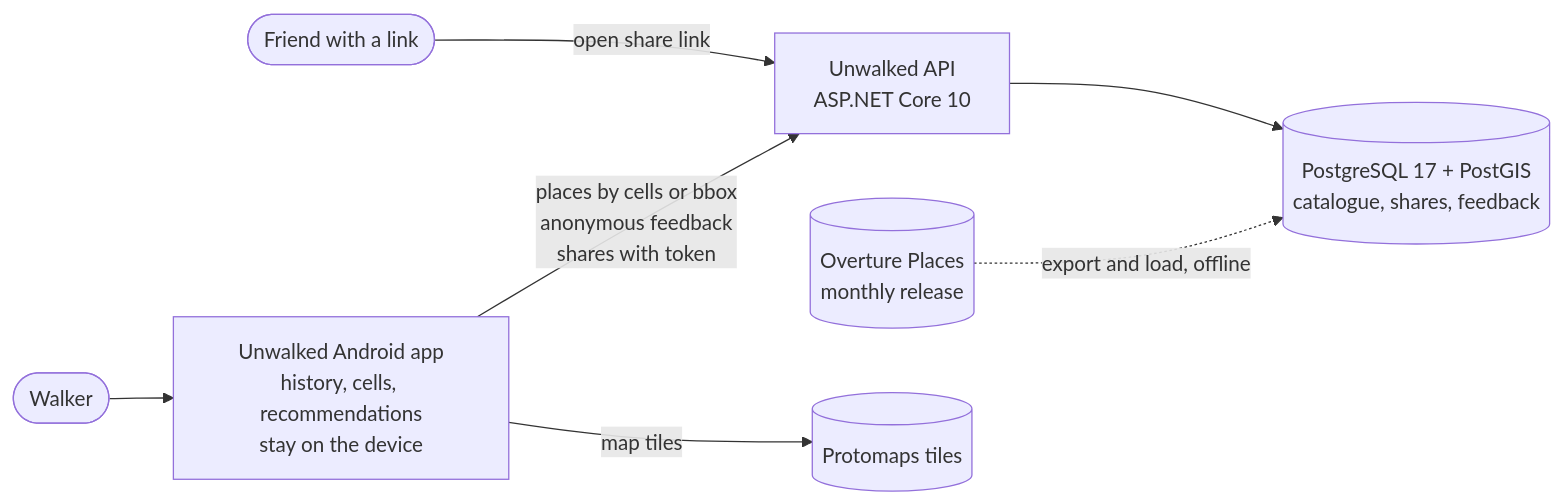
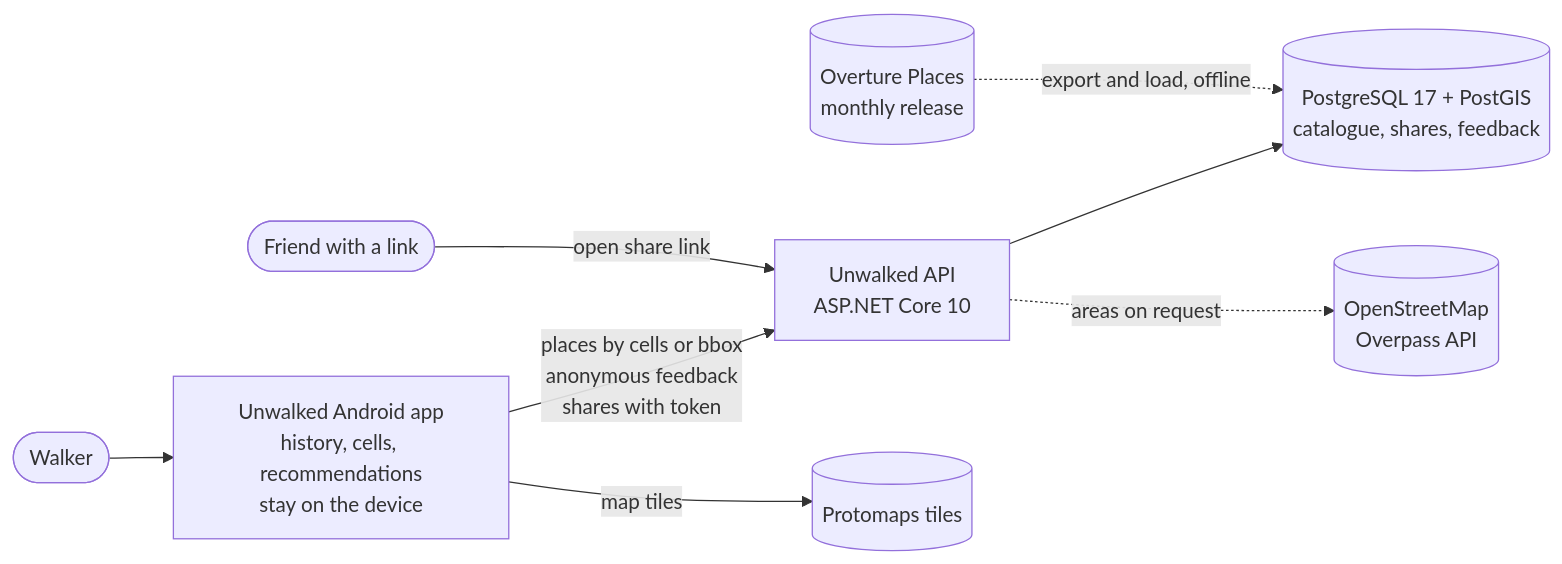
Before and after one commit to tuiiis/unwalked-backend: the first of 4 diagrams in docs/api/architecture.md, drawn with Mermaid. The commit also changed other lines of this file and 6 other files, not shown here.

````diff
--- a/docs/api/architecture.md
+++ b/docs/api/architecture.md
@@ -7,17 +7,19 @@
 ```mermaid
 flowchart LR
     user([Walker])
     friend([Friend with a link])
     app["Unwalked Android app<br/>history, cells, recommendations<br/>stay on the device"]
     api["Unwalked API<br/>ASP.NET Core 10"]
     db[("PostgreSQL 17 + PostGIS<br/>catalogue, shares, feedback")]
     overture[(Overture Places<br/>monthly release)]
+    osm[(OpenStreetMap<br/>Overpass API)]
     tiles[(Protomaps tiles)]
 
     user --> app
     app -- "places by cells or bbox<br/>anonymous feedback<br/>shares with token" --> api
     friend -- "open share link" --> api
     api --> db
     overture -. "export and load, offline" .-> db
+    api -. "areas on request" .-> osm
     app -- "map tiles" --> tiles
 ```
````
